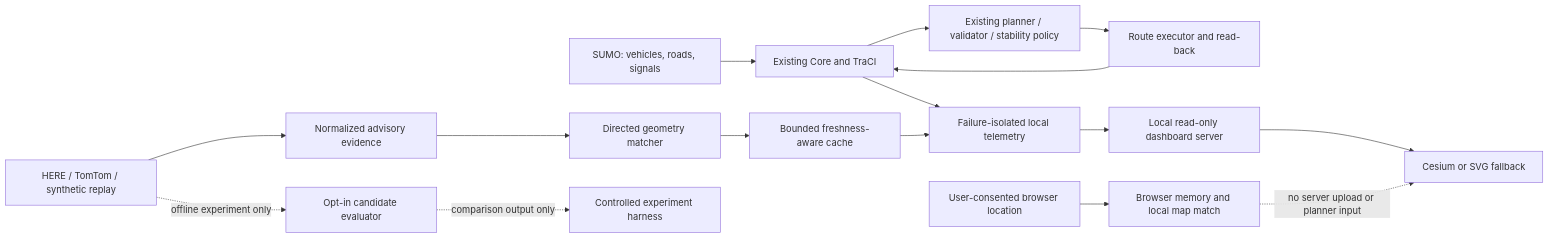
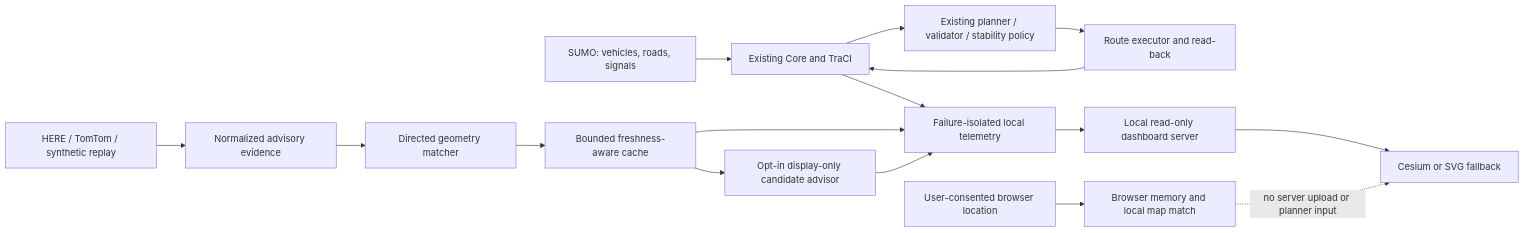
Before and after one commit to arghsahai/CityBrain: the diagram in docs/ARCHITECTURE_V3.md, drawn with Mermaid. The commit also changed other lines of this file and 26 other files, not shown here.

````diff
--- a/docs/ARCHITECTURE_V3.md
+++ b/docs/ARCHITECTURE_V3.md
@@ -5,18 +5,18 @@
 ```mermaid
 flowchart LR
   SUMO[SUMO: vehicles, roads, signals] --> CORE[Existing Core and TraCI]
   CORE --> PLANNER[Existing planner / validator / stability policy]
   PLANNER --> EXEC[Route executor and read-back]
   EXEC --> CORE
   CORE --> TELEMETRY[Failure-isolated local telemetry]
   TRAFFIC[HERE / TomTom / synthetic replay] --> ADAPTER[Normalized advisory evidence]
   ADAPTER --> MATCH[Directed geometry matcher]
   MATCH --> CACHE[Bounded freshness-aware cache]
   CACHE --> TELEMETRY
   TELEMETRY --> SERVER[Local read-only dashboard server]
   SERVER --> CESIUM[Cesium or SVG fallback]
-  TRAFFIC -. offline experiment only .-> EVAL[Opt-in candidate evaluator]
-  EVAL -. comparison output only .-> EXP[Controlled experiment harness]
+  CACHE --> EVAL[Opt-in display-only candidate advisor]
+  EVAL --> TELEMETRY
   DEVICE[User-consented browser location] --> LOCAL[Browser memory and local map match]
   LOCAL -. no server upload or planner input .-> CESIUM
 ```
````
